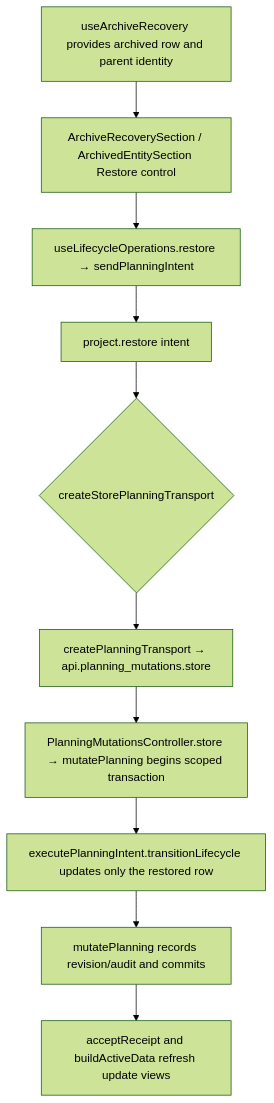
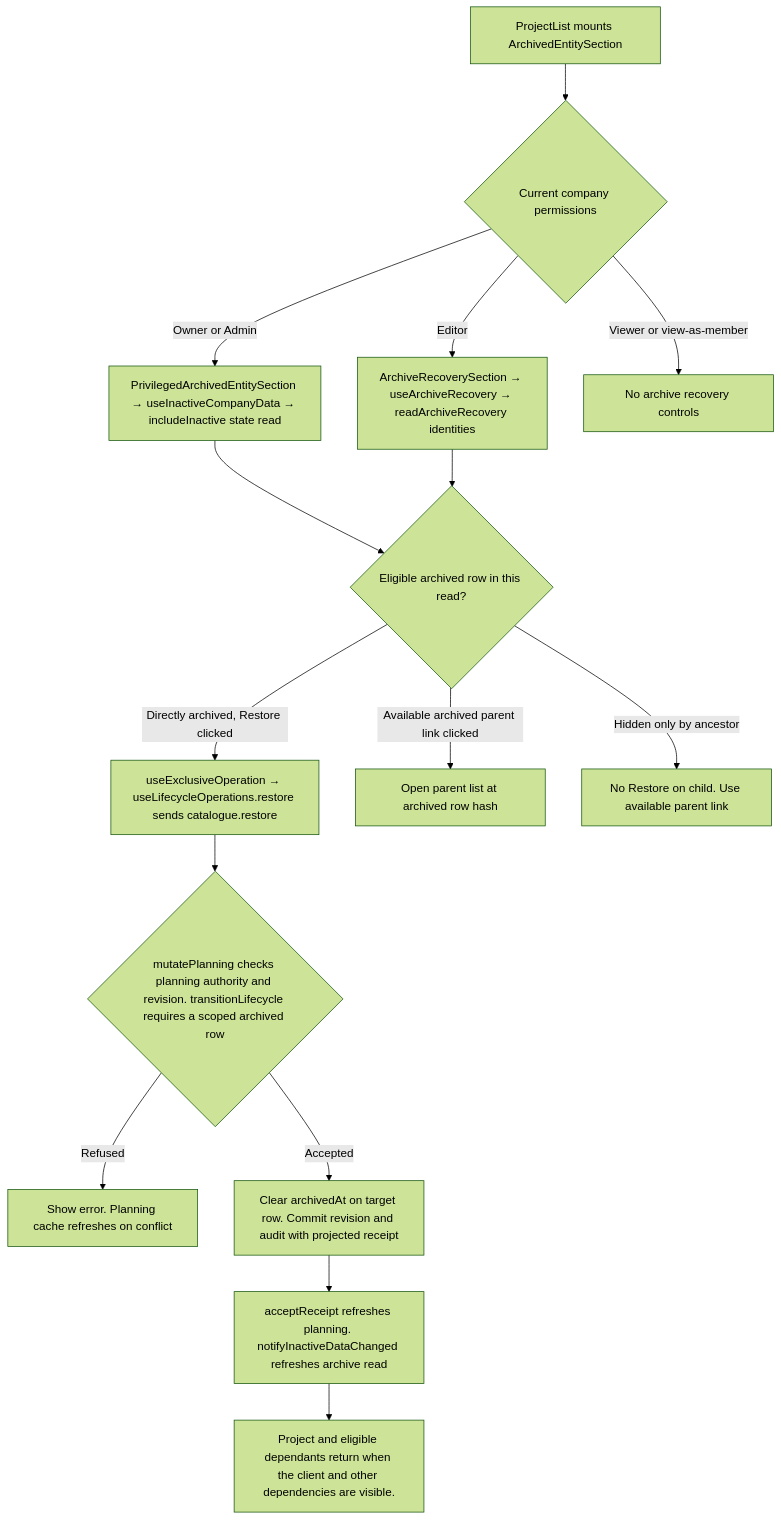
The second of 2 diagrams in user-stories/projects/US-PRJ-06-restore-project.md (Kevinjohn/capacitylens), drawn with Mermaid (forest theme) before and after one commit. The commit also changed other lines of this file and 172 other files, not shown here.

Commit message:
docs: reconcile user story code flows with source

````diff
--- a/user-stories/projects/US-PRJ-06-restore-project.md
+++ b/user-stories/projects/US-PRJ-06-restore-project.md
@@ -26,8 +26,17 @@
 ```mermaid
 flowchart TD
-  A["useArchiveRecovery provides archived row and parent identity"] --> B["ArchiveRecoverySection / ArchivedEntitySection Restore control"]
-  B --> C["useLifecycleOperations.restore → sendPlanningIntent"] --> D["project.restore intent"]
-  D --> E{"createStorePlanningTransport"}
-  E --> F["createPlanningTransport → api.planning_mutations.store"] --> G["PlanningMutationsController.store → mutatePlanning begins scoped transaction"]
-  G --> H["executePlanningIntent.transitionLifecycle updates only the restored row"] --> K["mutatePlanning records revision/audit and commits"] --> J["acceptReceipt and buildActiveData refresh update views"]
+  ENTRY["ProjectList mounts ArchivedEntitySection"] --> ROLE{"Current company permissions"}
+  ROLE -->|Owner or Admin| FULL["PrivilegedArchivedEntitySection → useInactiveCompanyData → includeInactive state read"]
+  ROLE -->|Editor| REDACTED["ArchiveRecoverySection → useArchiveRecovery → readArchiveRecovery identities"]
+  ROLE -->|Viewer or view-as-member| HIDDEN["No archive recovery controls"]
+  FULL --> ROW{"Eligible archived row in this read?"}
+  REDACTED --> ROW
+  ROW -->|Directly archived, Restore clicked| SEND["useExclusiveOperation → useLifecycleOperations.restore sends catalogue.restore"]
+  ROW -->|Available archived parent link clicked| PARENT["Open parent list at archived row hash"]
+  ROW -->|Hidden only by ancestor| ANCESTOR["No Restore on child. Use available parent link"]
+  SEND --> SERVER{"mutatePlanning checks planning authority and revision. transitionLifecycle requires a scoped archived row"}
+  SERVER -->|Refused| ERROR["Show error. Planning cache refreshes on conflict"]
+  SERVER -->|Accepted| WRITE["Clear archivedAt on target row. Commit revision and audit with projected receipt"]
+  WRITE --> NEXT["acceptReceipt refreshes planning. notifyInactiveDataChanged refreshes archive read"]
+  NEXT --> RESULT["Project and eligible dependants return when the client and other dependencies are visible."]
 ```
````
